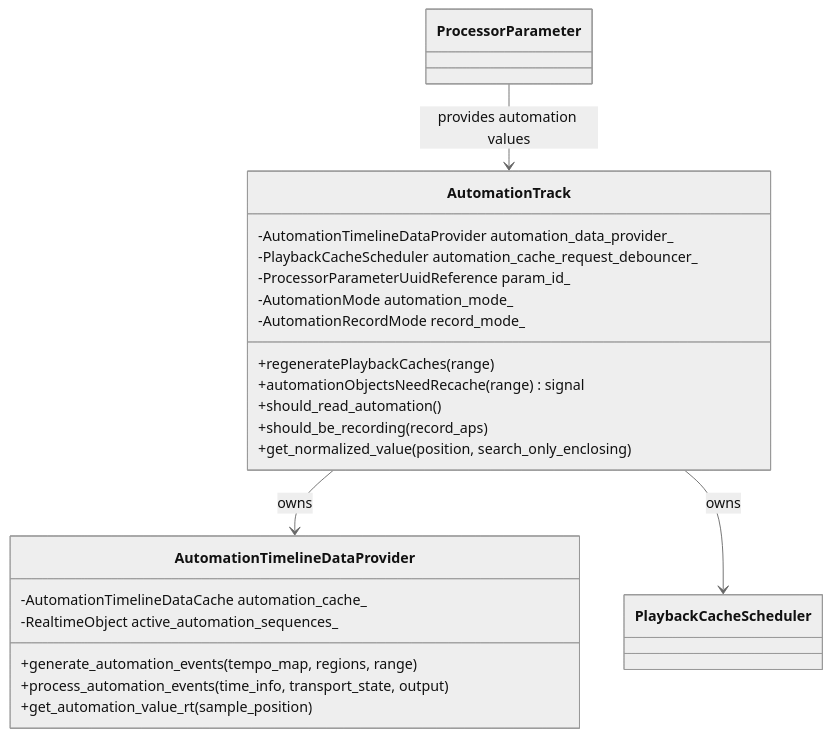
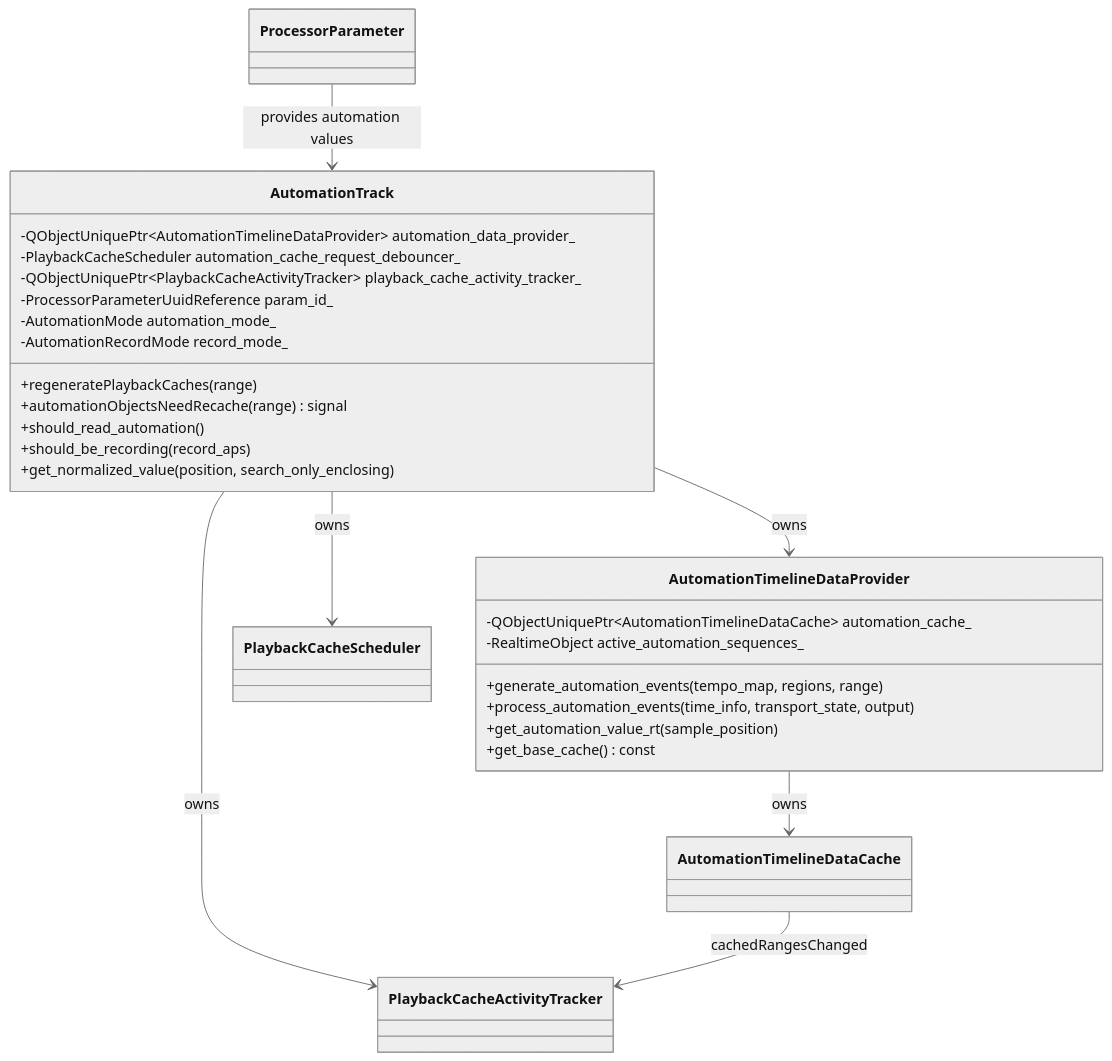
The fifth of 7 diagrams in doc/dev/playback_cache_architecture.md (zrythm/zrythm), drawn with Mermaid (neutral theme) before and after one commit. The commit also changed other lines of this file, not shown here.

First line of the commit message:
doc/playback-cache: update architecture documentation

````diff
--- a/doc/dev/playback_cache_architecture.md
+++ b/doc/dev/playback_cache_architecture.md
@@ -143,27 +187,32 @@
 ```mermaid
 classDiagram
     class AutomationTrack {
         +regeneratePlaybackCaches(range)
         +automationObjectsNeedRecache(range) signal
         +should_read_automation()
         +should_be_recording(record_aps)
         +get_normalized_value(position, search_only_enclosing)
-        -AutomationTimelineDataProvider automation_data_provider_
+        -QObjectUniquePtr~AutomationTimelineDataProvider~ automation_data_provider_
         -PlaybackCacheScheduler automation_cache_request_debouncer_
+        -QObjectUniquePtr~PlaybackCacheActivityTracker~ playback_cache_activity_tracker_
         -ProcessorParameterUuidReference param_id_
         -AutomationMode automation_mode_
         -AutomationRecordMode record_mode_
     }
 
     class AutomationTimelineDataProvider {
         +generate_automation_events(tempo_map, regions, range)
         +process_automation_events(time_info, transport_state, output)
         +get_automation_value_rt(sample_position)
-        -AutomationTimelineDataCache automation_cache_
+        +get_base_cache() const
+        -QObjectUniquePtr~AutomationTimelineDataCache~ automation_cache_
         -RealtimeObject active_automation_sequences_
     }
 
     AutomationTrack --> AutomationTimelineDataProvider : owns
     AutomationTrack --> PlaybackCacheScheduler : owns
+    AutomationTrack --> PlaybackCacheActivityTracker : owns
+    AutomationTimelineDataProvider --> AutomationTimelineDataCache : owns
+    AutomationTimelineDataCache --> PlaybackCacheActivityTracker : cachedRangesChanged
     ProcessorParameter --> AutomationTrack : provides automation values
 ```
````
